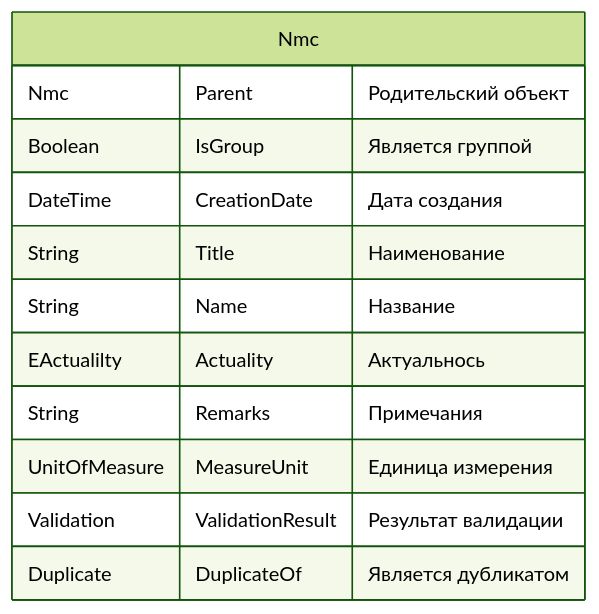
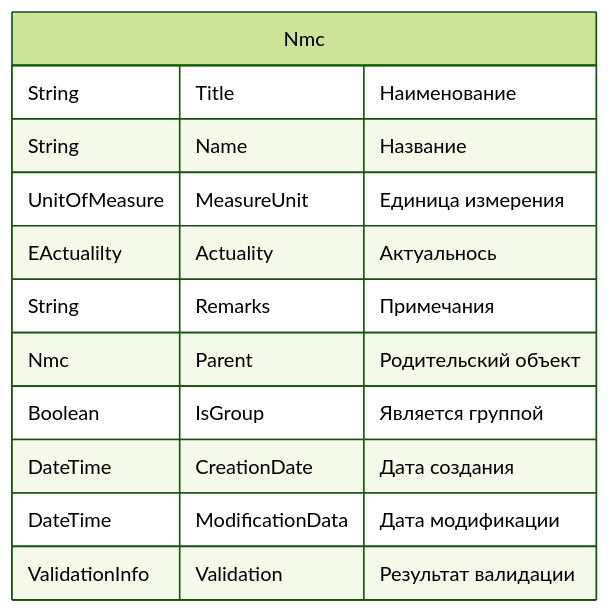
One commit to Zorin-Mykhailo/Kusto changed the first of 5 diagrams in Kusto/Documents/2313902__ContractorsCheck/DataModel.md. Above: the diagram before and after it, drawn with Mermaid (forest theme). The commit also changed other lines of this file, not shown here.

````diff
--- a/Kusto/Documents/2313902__ContractorsCheck/DataModel.md
+++ b/Kusto/Documents/2313902__ContractorsCheck/DataModel.md
@@ -4,15 +4,18 @@
 ```mermaid
 erDiagram
-  Nmc {
+  Nmc {    
+    String Title "Наименование"    
+    String Name "Название"    
+    UnitOfMeasure MeasureUnit "Единица измерения"
+    EActualilty Actuality "Актуальнось"
+    String Remarks "Примечания"
+    
     Nmc Parent "Родительский объект"
     Boolean IsGroup "Является группой"
+    
     DateTime CreationDate "Дата создания"
-    String Title "Наименование"
-    String Name "Название"
-    EActualilty Actuality "Актуальнось"    
-    String Remarks "Примечания"
-    UnitOfMeasure MeasureUnit "Единица измерения"
-    Validation ValidationResult "Результат валидации"
-    Duplicate DuplicateOf "Является дубликатом"
+    DateTime ModificationData "Дата модификации"
+    
+    ValidationInfo Validation "Результат валидации"
   }
 ```
````
